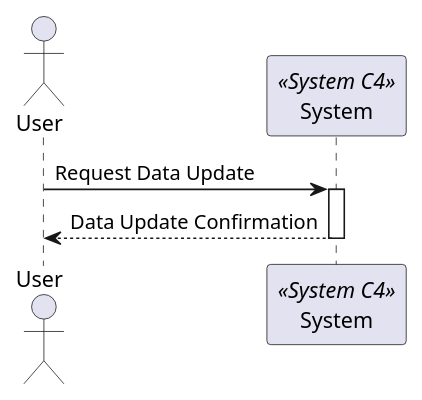
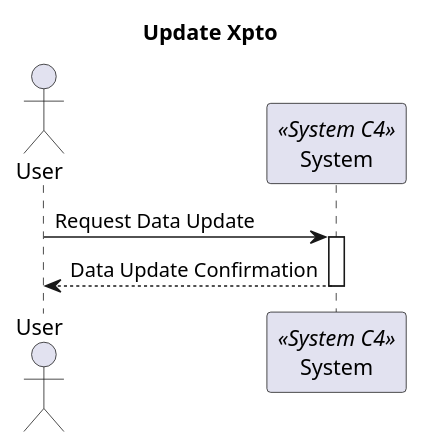
Before and after one commit to BernasDzn/portit: the diagram in docs/sprint_1/global_artifacts/arquitecture/level_1/process_views/l1_process_view_put.puml, drawn with PlantUML. The commit also changed 27 other files, not shown here.

```diff
--- a/docs/sprint_1/global_artifacts/arquitecture/level_1/process_views/l1_process_view_put.puml
+++ b/docs/sprint_1/global_artifacts/arquitecture/level_1/process_views/l1_process_view_put.puml
@@ -1,11 +1,13 @@
 @startuml processview_n1
 Actor "User" as user
 Participant "System" as System <<System C4>>
+
+title Update Xpto
 
 user -> System: Request Data Update
 
 activate System
     user <-- System: Data Update Confirmation
 deactivate System
 
 @enduml
```
